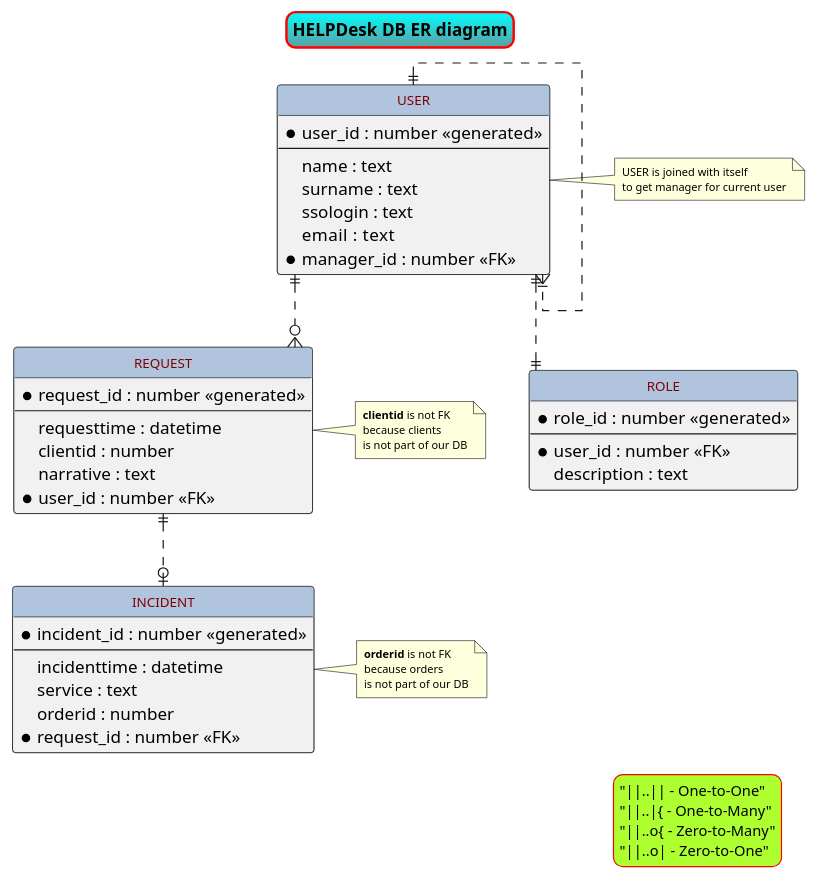
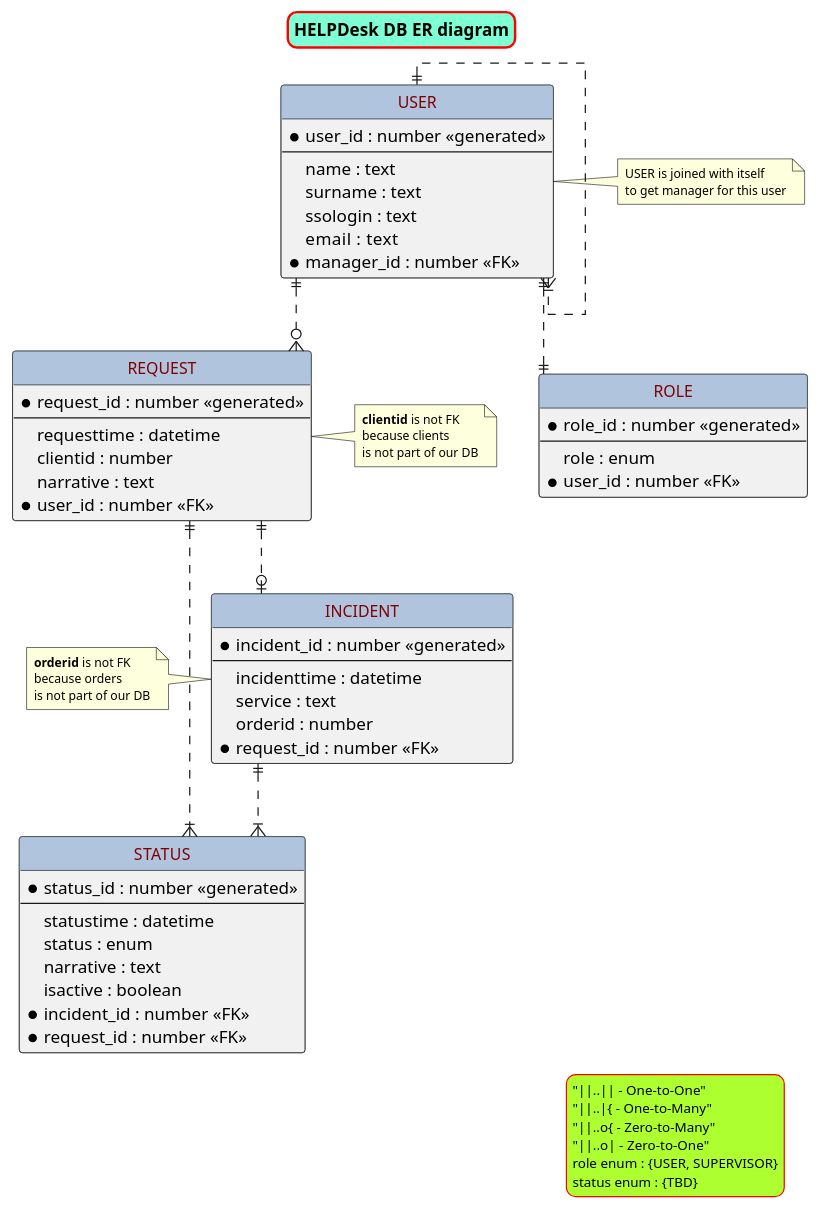
Before and after one commit to theotheo46/gb: the diagram in er.puml, drawn with PlantUML. The commit also changed 2 other files, not shown here.

```diff
--- a/er.puml
+++ b/er.puml
@@ -1,71 +1,86 @@
 @startuml
 skinparam titleBorderRoundCorner 15
 skinparam titleBorderThickness 2
 skinparam titleBorderColor red
-skinparam titleBackgroundColor Aqua-CadetBlue
+skinparam titleBackgroundColor Aquamarine
 title HELPDesk DB ER diagram
 ' hide the spot
 hide circle
 ' avoid problems with angled crows feet
 skinparam linetype ortho
 skinparam ClassHeaderBackgroundColor LightSteelBlue
 skinparam classFontColor maroon
-skinparam classFontSize 11
+skinparam classFontSize 13
 skinparam classFontName Aapex
-skinparam NoteFontSize 9
+skinparam NoteFontSize 10
+skinparam NoteFontSName Aapex
 skinparam LegendBackgroundColor GreenYellow
 skinparam LegendBorderColor red
-skinparam LegendFontSize 12
+skinparam LegendFontSize 11
 
 entity "USER" as user {
   *user_id : number <<generated>>
   --
   name : text
   surname : text
   ssologin : text
   email :  text
   *manager_id : number <<FK>>
 }
-note right: USER is joined with itself \nto get manager for current user
+note right: USER is joined with itself\nto get manager for this user
 entity "ROLE" as role {
   *role_id : number <<generated>>
   --
+  role : enum
   *user_id : number <<FK>>
-  description : text
 }
 'note right: One of \n{USER, SUPERVISOR}}
 
 entity "REQUEST" as request {
   *request_id : number <<generated>>
   --
   requesttime : datetime
   clientid : number
   narrative : text
   *user_id : number <<FK>>
 }
 note right: **clientid** is not FK \nbecause clients \nis not part of our DB
 
 entity "INCIDENT" as incident {
   *incident_id : number <<generated>>
   --
   incidenttime : datetime
   service : text
   orderid : number
   *request_id : number <<FK>>
 }
-note right: **orderid** is not FK \nbecause orders \nis not part of our DB
+note left: **orderid** is not FK \nbecause orders \nis not part of our DB
 
+entity "STATUS" as status {
+  *status_id : number <<generated>>
+  --
+  statustime : datetime
+  status : enum
+  narrative : text
+  isactive : boolean
+  *incident_id : number <<FK>>
+  *request_id : number <<FK>>
+}
 
 user ||..|| role
 user ||..|{ user
 user ||..o{ request
 request ||..o| incident
+request ||..|{ status
+incident ||..|{ status
 
 legend right
 "||..|| - One-to-One"
 "||..|{ - One-to-Many"
 "||..o{ - Zero-to-Many"
 "||..o| - Zero-to-One"
+role enum : {USER, SUPERVISOR}
+status enum : {TBD}
 endlegend
 
 @enduml
```
